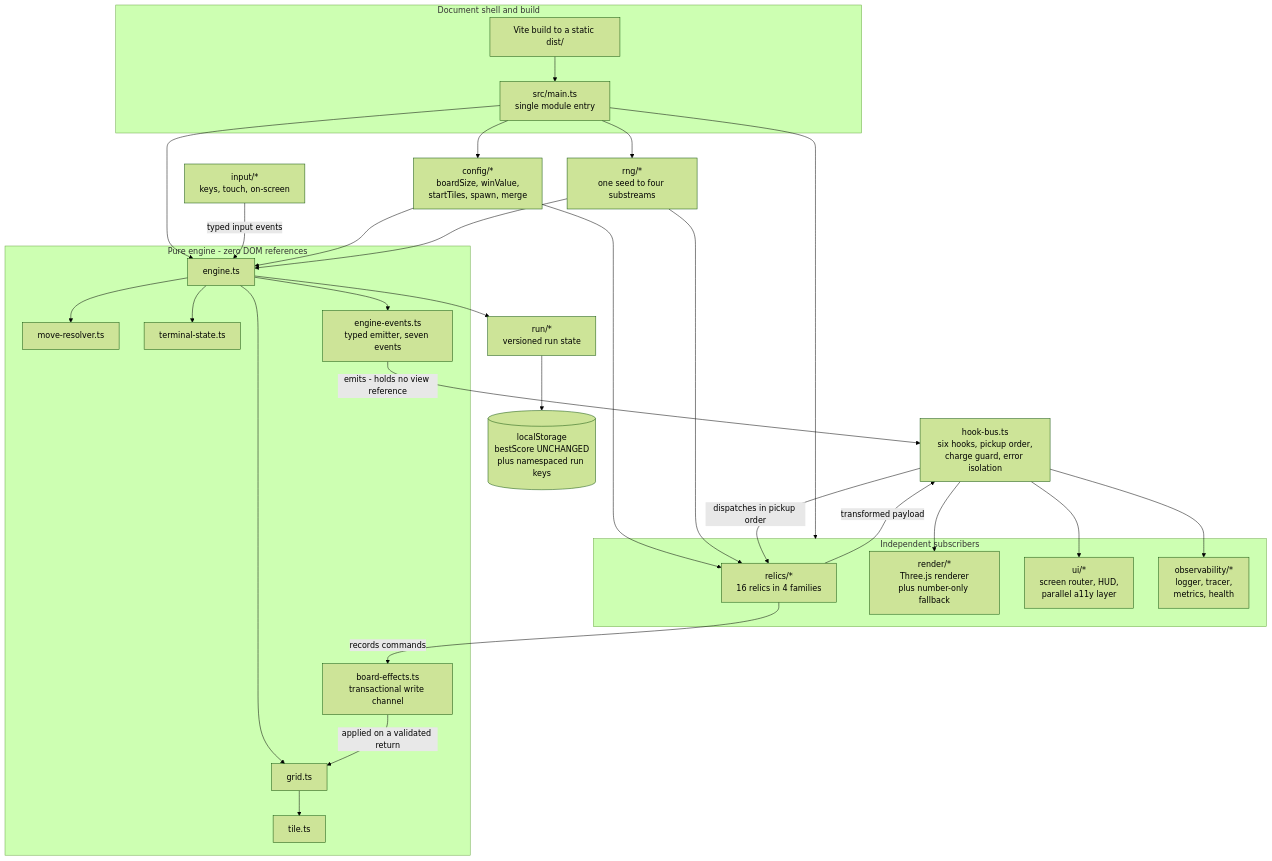
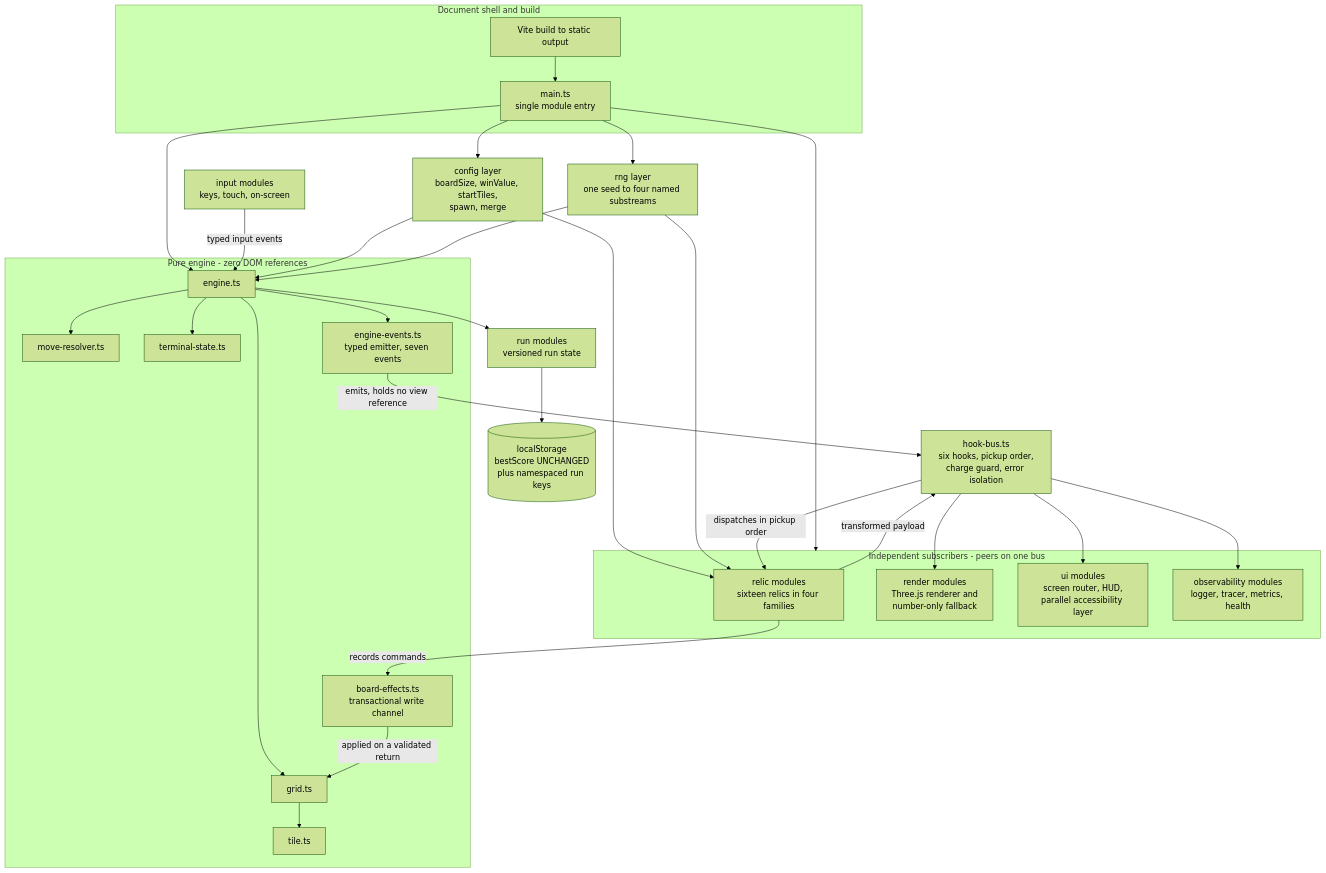
One commit to blitzy-public-samples/2048 changed the second of 2 diagrams in docs/architecture/ARCHITECTURE.md. Above: the diagram before and after it, drawn with Mermaid (forest theme). The commit also changed other lines of this file and 5 other files, not shown here.

````diff
--- a/docs/architecture/ARCHITECTURE.md
+++ b/docs/architecture/ARCHITECTURE.md
@@ -103,53 +116,53 @@
 ```mermaid
 graph TD
-    subgraph Shell["Document shell and build"]
-        ENTRY["src/main.ts<br/>single module entry"]
-        VITE["Vite build to a static dist/"]
-    end
-    subgraph Core["Pure engine - zero DOM references"]
-        ENG["engine.ts"]
-        MR["move-resolver.ts"]
-        TS["terminal-state.ts"]
-        G2["grid.ts"]
-        T2["tile.ts"]
-        EV["engine-events.ts<br/>typed emitter, seven events"]
-        BE["board-effects.ts<br/>transactional write channel"]
-    end
-    BUS["hook-bus.ts<br/>six hooks, pickup order,<br/>charge guard, error isolation"]
-    CFG["config/*<br/>boardSize, winValue,<br/>startTiles, spawn, merge"]
-    RNG["rng/*<br/>one seed to four substreams"]
-    subgraph Subscribers["Independent subscribers"]
-        REL["relics/*<br/>16 relics in 4 families"]
-        REND["render/*<br/>Three.js renderer<br/>plus number-only fallback"]
-        UI["ui/*<br/>screen router, HUD,<br/>parallel a11y layer"]
-        OBS["observability/*<br/>logger, tracer,<br/>metrics, health"]
-    end
-    RUN["run/*<br/>versioned run state"]
-    IN["input/*<br/>keys, touch, on-screen"]
-    STORE2[("localStorage<br/>bestScore UNCHANGED<br/>plus namespaced run keys")]
-    ENTRY --> CFG
-    ENTRY --> RNG
-    ENTRY --> ENG
-    ENTRY --> Subscribers
-    VITE --> ENTRY
-    IN -->|"typed input events"| ENG
-    ENG --> MR
-    ENG --> TS
-    ENG --> G2
-    G2 --> T2
-    CFG --> ENG
-    CFG --> REL
-    RNG --> ENG
-    RNG --> REL
-    ENG --> EV
-    EV -->|"emits - holds no view reference"| BUS
-    BUS -->|"dispatches in pickup order"| REL
-    BUS --> REND
-    BUS --> UI
-    BUS --> OBS
-    REL -->|"transformed payload"| BUS
-    REL -->|"records commands"| BE
-    BE -->|"applied on a validated return"| G2
-    ENG --> RUN
-    RUN --> STORE2
+  subgraph Shell["Document shell and build"]
+    ENTRY["main.ts<br/>single module entry"]
+    VITE["Vite build to static output"]
+  end
+  subgraph Core["Pure engine - zero DOM references"]
+    ENG["engine.ts"]
+    MR["move-resolver.ts"]
+    TERM["terminal-state.ts"]
+    G2["grid.ts"]
+    T2["tile.ts"]
+    EV["engine-events.ts<br/>typed emitter, seven events"]
+    BE["board-effects.ts<br/>transactional write channel"]
+  end
+  BUS["hook-bus.ts<br/>six hooks, pickup order,<br/>charge guard, error isolation"]
+  CFG["config layer<br/>boardSize, winValue, startTiles,<br/>spawn, merge"]
+  RNG["rng layer<br/>one seed to four named substreams"]
+  subgraph Subscribers["Independent subscribers - peers on one bus"]
+    REL["relic modules<br/>sixteen relics in four families"]
+    REND["render modules<br/>Three.js renderer and<br/>number-only fallback"]
+    UI["ui modules<br/>screen router, HUD,<br/>parallel accessibility layer"]
+    OBS["observability modules<br/>logger, tracer, metrics, health"]
+  end
+  RUN["run modules<br/>versioned run state"]
+  IN["input modules<br/>keys, touch, on-screen"]
+  STORE2[("localStorage<br/>bestScore UNCHANGED<br/>plus namespaced run keys")]
+  ENTRY --> CFG
+  ENTRY --> RNG
+  ENTRY --> ENG
+  ENTRY --> Subscribers
+  VITE --> ENTRY
+  IN -->|"typed input events"| ENG
+  ENG --> MR
+  ENG --> TERM
+  ENG --> G2
+  G2 --> T2
+  CFG --> ENG
+  CFG --> REL
+  RNG --> ENG
+  RNG --> REL
+  ENG --> EV
+  EV -->|"emits, holds no view reference"| BUS
+  BUS -->|"dispatches in pickup order"| REL
+  BUS --> REND
+  BUS --> UI
+  BUS --> OBS
+  REL -->|"transformed payload"| BUS
+  REL -->|"records commands"| BE
+  BE -->|"applied on a validated return"| G2
+  ENG --> RUN
+  RUN --> STORE2
 ```
````
